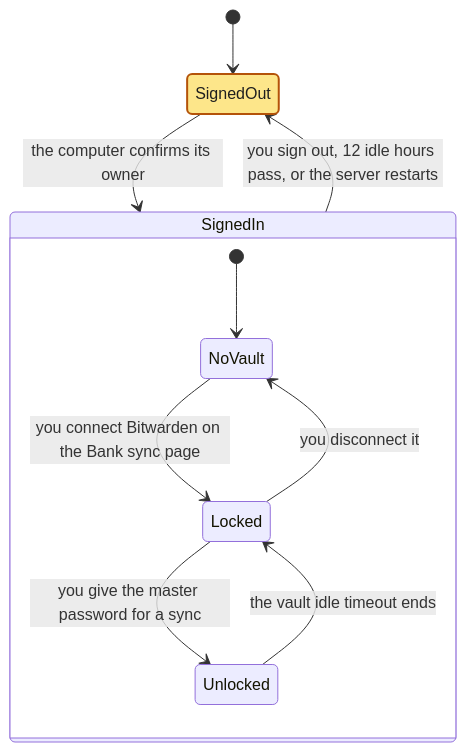
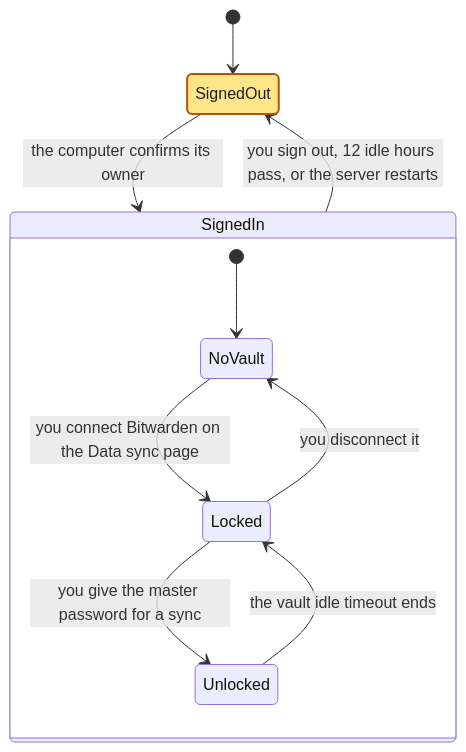
One commit to spinningyoyo/omsync changed the second of 2 diagrams in docs/architecture/access.md. Above: the diagram before and after it, drawn with Mermaid. The commit also changed 78 other files, not shown here.

````diff
--- a/docs/architecture/access.md
+++ b/docs/architecture/access.md
@@ -21,15 +21,15 @@
 ```mermaid
 stateDiagram-v2
     [*] --> SignedOut
     SignedOut --> SignedIn: the computer confirms its owner
     SignedIn --> SignedOut: you sign out, 12 idle hours pass, or the server restarts
     state SignedIn {
         [*] --> NoVault
-        NoVault --> Locked: you connect Bitwarden on the Bank sync page
+        NoVault --> Locked: you connect Bitwarden on the Data sync page
         Locked --> NoVault: you disconnect it
         Locked --> Unlocked: you give the master password for a sync
         Unlocked --> Locked: the vault idle timeout ends
     }
     class SignedOut waits
     classDef waits fill:#fde68a,stroke:#b45309,stroke-width:2px,color:#1f1f1f
 ```
````
